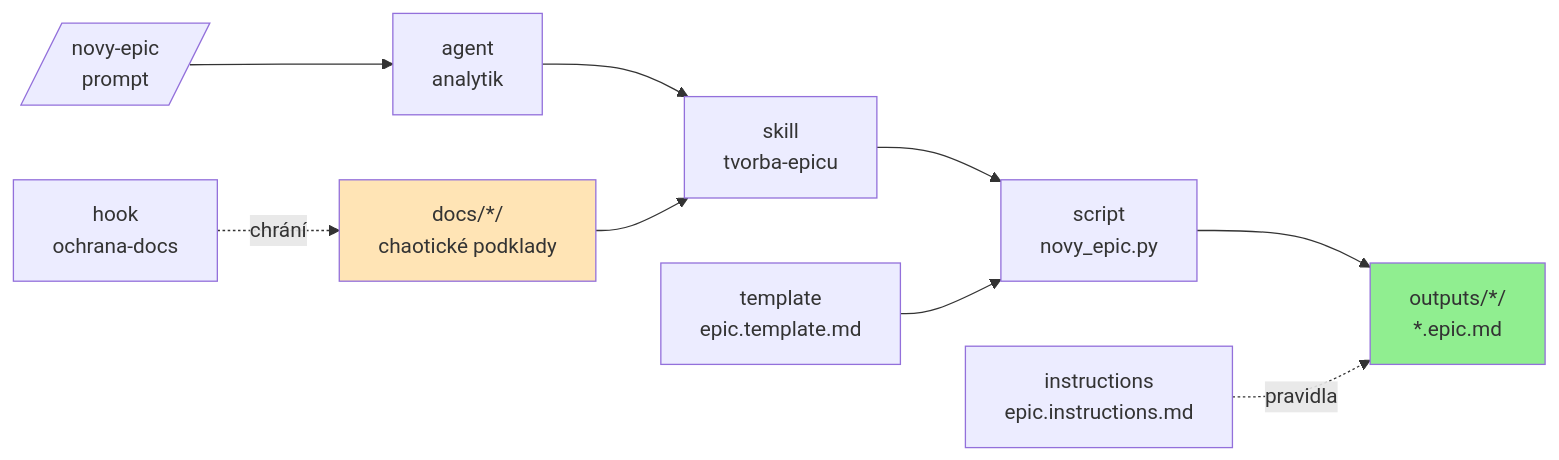
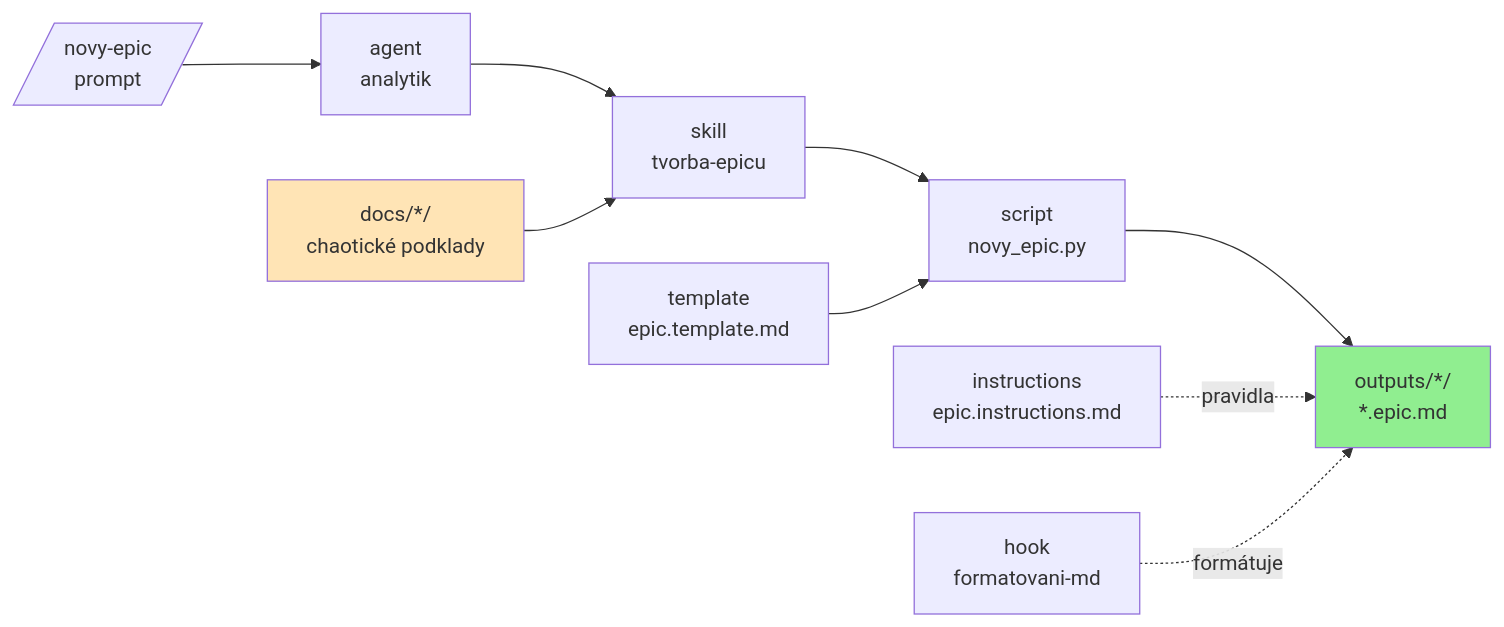
The second of 2 diagrams in README.md (DXHeroes/github-copilot-workshop), drawn with Mermaid before and after one commit. The commit also changed other lines of this file and 6 other files, not shown here.

First line of the commit message:
refactor(hooks)!: replace ochrana-docs with formatovani-md

````diff
--- a/README.md
+++ b/README.md
@@ -79,14 +80,14 @@
 ```mermaid
 graph LR
     Prompt[/novy-epic<br/>prompt/] --> Agent[agent<br/>analytik]
     Agent --> Skill[skill<br/>tvorba-epicu]
     Skill --> Script[script<br/>novy_epic.py]
     Tmpl[template<br/>epic.template.md] --> Script
     Docs[docs/*/<br/>chaotické podklady] --> Skill
     Script --> Epic[outputs/*/<br/>*.epic.md]
     Instr[instructions<br/>epic.instructions.md] -.pravidla.-> Epic
-    Hook[hook<br/>ochrana-docs] -.chrání.-> Docs
+    Hook[hook<br/>formatovani-md] -.formátuje.-> Epic
 
     style Docs fill:#FFE4B5
     style Epic fill:#90EE90
 ```
````
